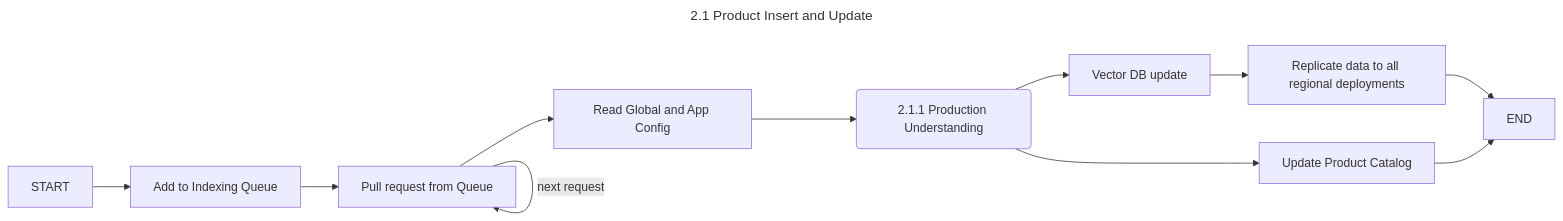
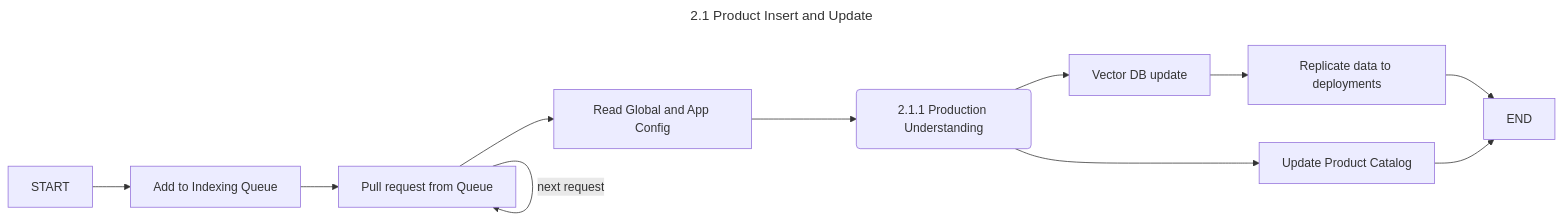
The diagram in 2_1_Product_insert_update.md (zchangvs/diagram), drawn with Mermaid before and after one commit.

````diff
--- a/2_1_Product_insert_update.md
+++ b/2_1_Product_insert_update.md
@@ -1,16 +1,16 @@
 ```mermaid
 ---
 title: 2.1 Product Insert and Update
 ---
 flowchart LR
     ST[START] --> IQ[Add to Indexing Queue]
     IQ --> PQ[Pull request from Queue]
     PQ -- next request --> PQ
     PQ --> RC[Read Global and App Config]
     RC --> PU(2.1.1 Production Understanding)
     PU --> CU[Update Product Catalog]
     PU --> VD[Vector DB update]
-    VD --> REP[Replicate data to all regional deployments]
+    VD --> REP[Replicate data to deployments]
     REP --> ED[END]
     CU --> ED
 ```
````
